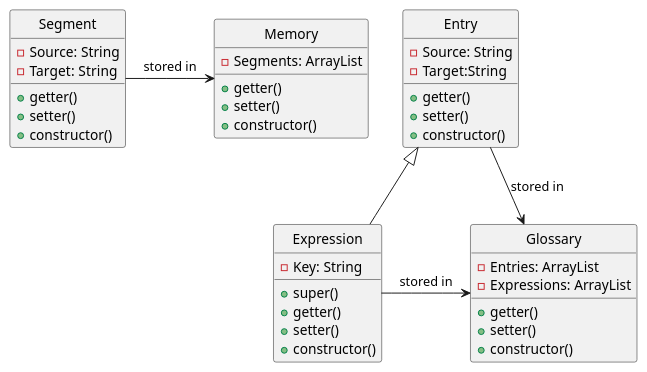
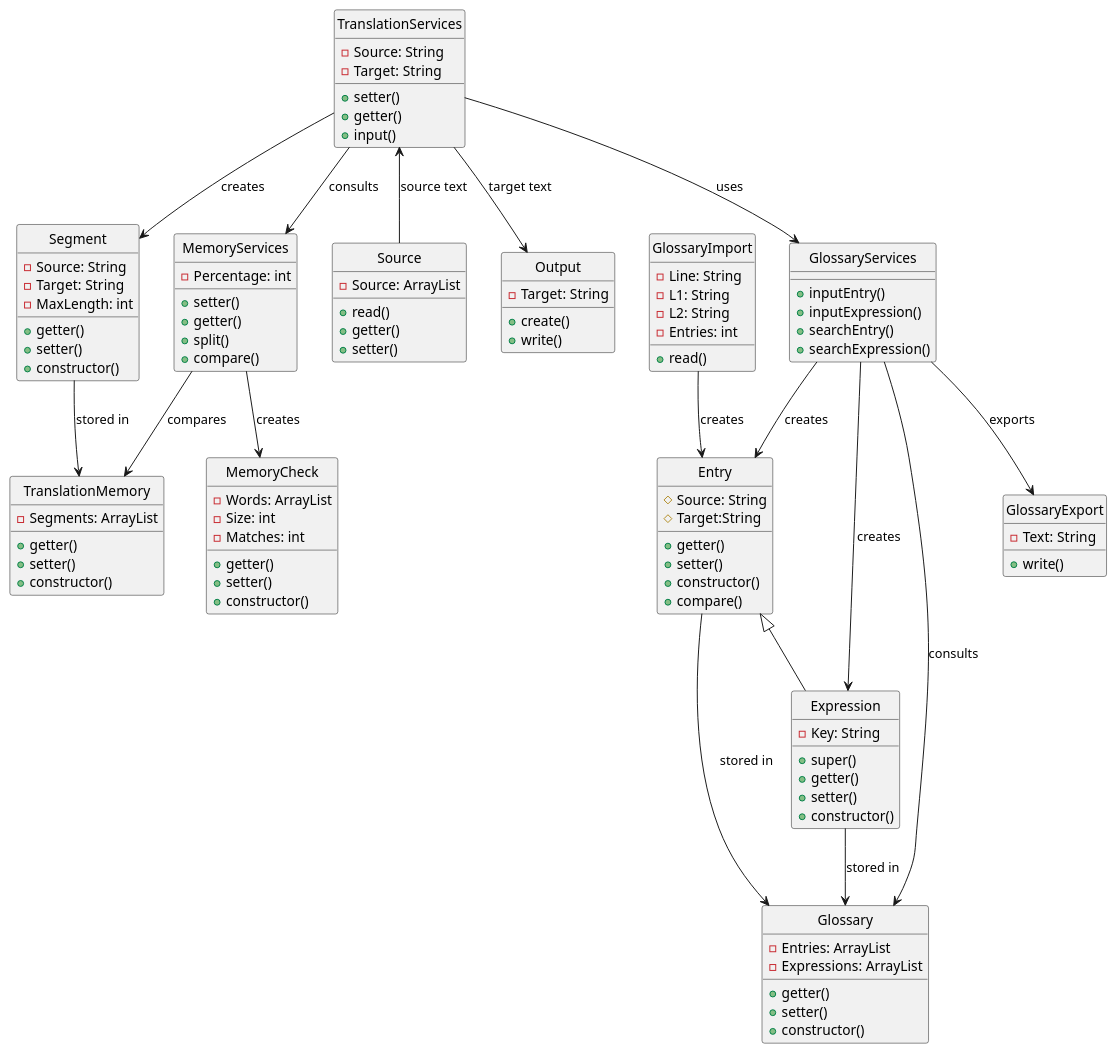
The diagram in sequence.plantuml (emiestevarena/OpenCATe), drawn with PlantUML before and after one commit.

Commit message:
full UML

```diff
--- a/sequence.plantuml
+++ b/sequence.plantuml
@@ -1,47 +1,119 @@
 @startuml OpenCATe
 skinparam   Style   strictuml
 skinparam   SequenceMessageAlignment center
 
 class Segment{
     -Source: String
     -Target: String
+    -MaxLength: int
     +getter()
     +setter()
     +constructor()
 }
 
-class Memory{
+class TranslationMemory{
     -Segments: ArrayList
     +getter()
     +setter()
     +constructor()
 }
 
 class Entry{
-    -Source: String 
-    -Target:String
+    #Source: String 
+    #Target:String
     +getter()
     +setter()
     +constructor()
+    +compare()
 }
 
 class Expression extends Entry{
     -Key: String
     +super()
     +getter()
     +setter()
     +constructor()
 }
 
 class Glossary{
     -Entries: ArrayList
     -Expressions: ArrayList
     +getter()
     +setter()
     +constructor()
 }
 
-Segment -> Memory :stored in
-Expression -> Glossary :stored in
-Entry -> Glossary :stored in
+class TranslationServices{
+    -Source: String
+    -Target: String
+    +setter()
+    +getter()
+    +input()
+}
+
+class Source{
+    -Source: ArrayList
+    +read()
+    +getter()
+    +setter()
+}
+
+class Output{
+    -Target: String
+    +create()
+    +write()
+}
+
+class GlossaryServices{
+    +inputEntry()
+    +inputExpression()
+    +searchEntry()
+    +searchExpression()
+}
+
+class MemoryCheck{
+    -Words: ArrayList
+    -Size: int
+    -Matches: int
+    +getter()
+    +setter()
+    +constructor()
+}
+
+class MemoryServices{
+    -Percentage: int
+    +setter()
+    +getter()
+    +split()
+    +compare()
+}
+
+class GlossaryImport{
+    -Line: String
+    -L1: String
+    -L2: String
+    -Entries: int
+    +read()
+}
+
+class GlossaryExport{
+    -Text: String
+    +write()
+}
+
+Segment --> TranslationMemory :stored in
+Expression --> Glossary :stored in
+Entry --> Glossary :stored in
+TranslationServices--> Segment :creates
+TranslationServices<-- Source: source text
+TranslationServices --> Output: target text
+TranslationServices --> GlossaryServices: uses
+GlossaryServices --> Entry : creates
+GlossaryServices --> Expression: creates
+GlossaryServices --> Glossary: consults
+TranslationServices --> MemoryServices: consults
+MemoryServices --> MemoryCheck: creates
+MemoryServices --> TranslationMemory: compares
+GlossaryImport --> Entry: creates
+GlossaryServices --> GlossaryExport :exports
 @enduml
```
